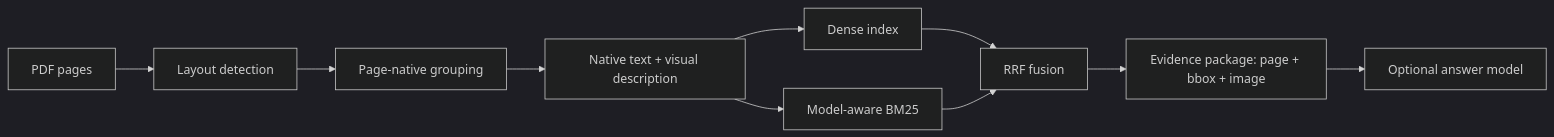
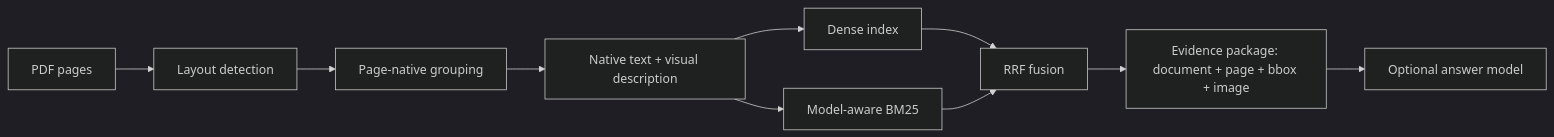
The diagram in README.md (zzkws/Layout-Aware-RAG), drawn with Mermaid (dark theme) before and after one commit. The commit also changed other lines of this file and 28 other files, not shown here.

````diff
--- a/README.md
+++ b/README.md
@@ -33,12 +32,12 @@
 ```mermaid
 flowchart LR
     A["PDF pages"] --> B["Layout detection"]
     B --> C["Page-native grouping"]
     C --> D["Native text + visual description"]
     D --> E["Dense index"]
     D --> F["Model-aware BM25"]
     E --> G["RRF fusion"]
     F --> G
-    G --> H["Evidence package: page + bbox + image"]
+    G --> H["Evidence package: document + page + bbox + image"]
     H --> I["Optional answer model"]
 ```
````
